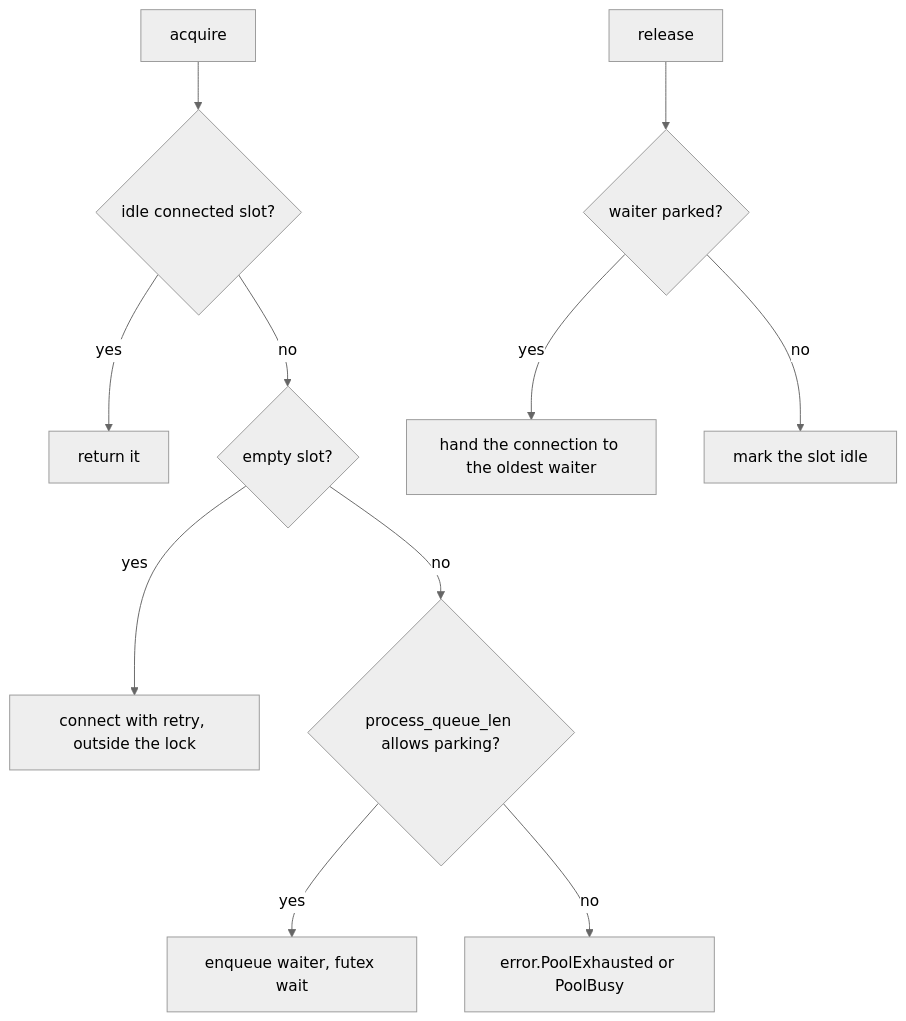
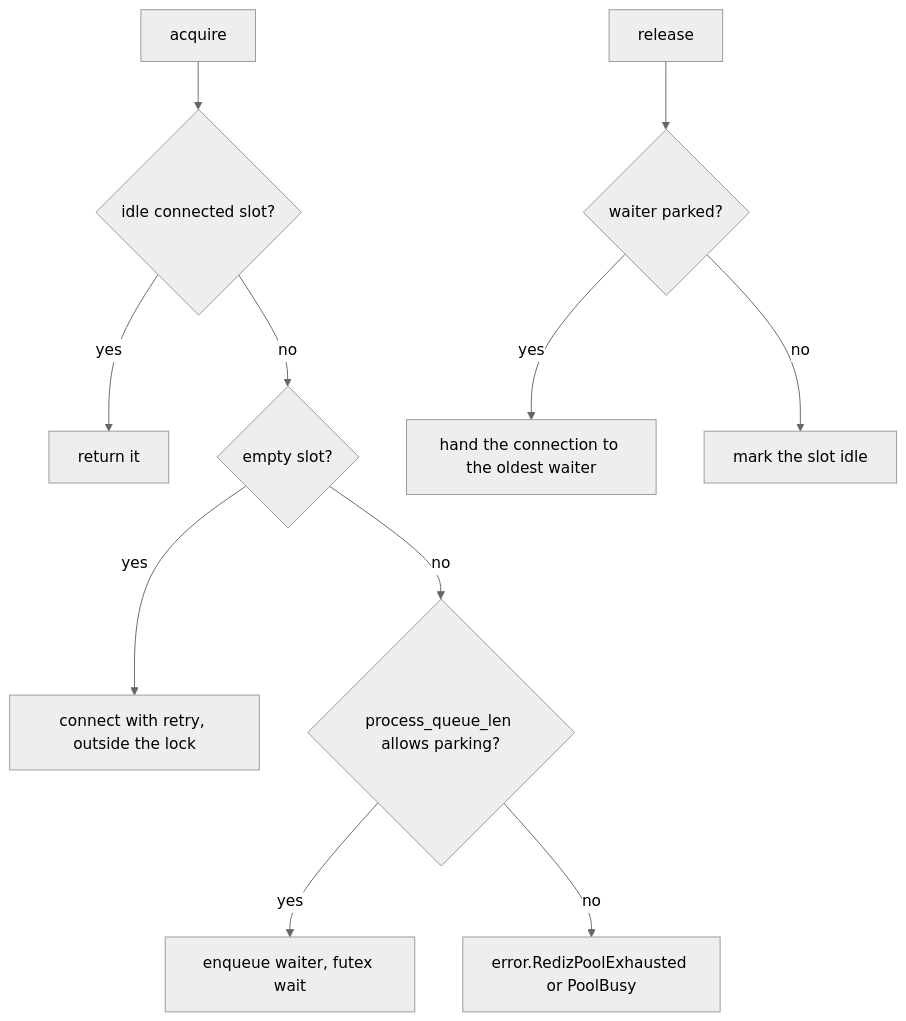
Before and after one commit to prothegee/zix: the fourth of 4 diagrams in docs/driver/rediz/lld-en.md, drawn with Mermaid (neutral theme). The commit also changed other lines of this file and 410 other files, not shown here.

````diff
--- a/docs/driver/rediz/lld-en.md
+++ b/docs/driver/rediz/lld-en.md
@@ -121,13 +121,13 @@
 ```mermaid
 flowchart TB
     acq[acquire] --> idle{idle connected slot?}
     idle -->|yes| hand[return it]
     idle -->|no| empty{empty slot?}
     empty -->|yes| conn[connect with retry, outside the lock]
     empty -->|no| park{process_queue_len allows parking?}
     park -->|yes| wait[enqueue waiter, futex wait]
-    park -->|no| shed[error.PoolExhausted or PoolBusy]
+    park -->|no| shed[error.RedizPoolExhausted or PoolBusy]
     rel[release] --> waiter{waiter parked?}
     waiter -->|yes| grant[hand the connection to the oldest waiter]
     waiter -->|no| back[mark the slot idle]
 ```
````
